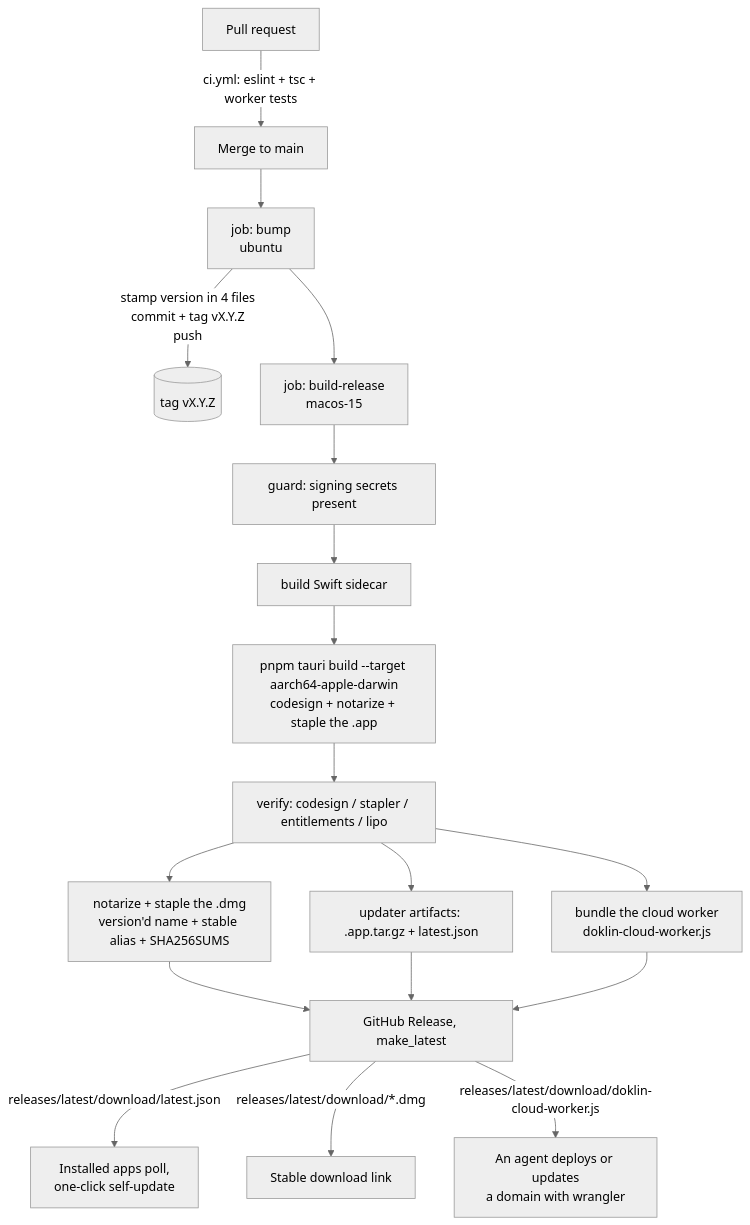
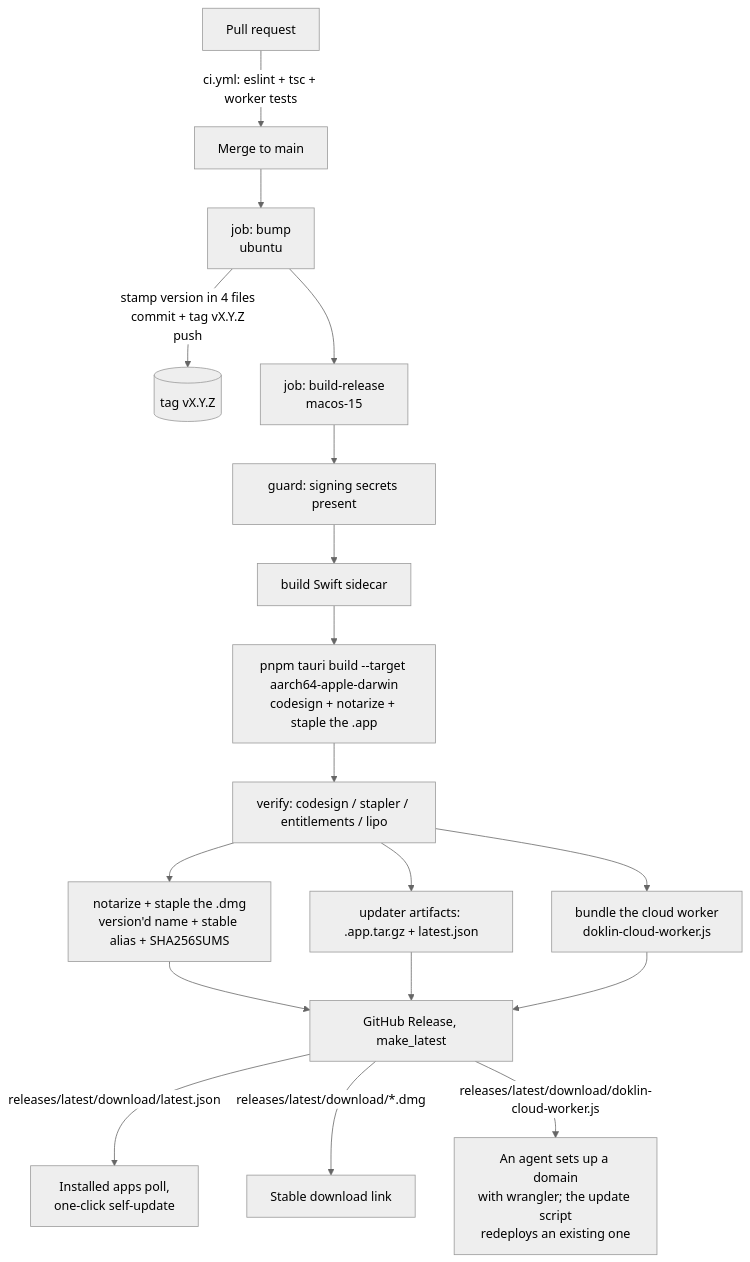
Before and after one commit to boat-builder/doklin: the diagram in docs/release-pipeline.md, drawn with Mermaid (neutral theme). The commit also changed other lines of this file and 9 other files, not shown here.

````diff
--- a/docs/release-pipeline.md
+++ b/docs/release-pipeline.md
@@ -21,20 +21,20 @@
 ```mermaid
 flowchart TD
   PR[Pull request] -->|ci.yml: eslint + tsc + worker tests| M[Merge to main]
   M --> B[job: bump<br/>ubuntu]
   B -->|stamp version in 4 files<br/>commit + tag vX.Y.Z<br/>push| T[(tag vX.Y.Z)]
   B --> R[job: build-release<br/>macos-15]
   R --> G1[guard: signing secrets present]
   G1 --> S[build Swift sidecar]
   S --> TB[pnpm tauri build --target aarch64-apple-darwin<br/>codesign + notarize + staple the .app]
   TB --> V[verify: codesign / stapler / entitlements / lipo]
   V --> D[notarize + staple the .dmg<br/>version'd name + stable alias + SHA256SUMS]
   V --> U[updater artifacts: .app.tar.gz + latest.json]
   V --> W[bundle the cloud worker<br/>doklin-cloud-worker.js]
   D --> P[GitHub Release, make_latest]
   U --> P
   W --> P
   P -->|releases/latest/download/latest.json| A[Installed apps poll,<br/>one-click self-update]
   P -->|releases/latest/download/*.dmg| L[Stable download link]
-  P -->|releases/latest/download/doklin-cloud-worker.js| C[An agent deploys or updates<br/>a domain with wrangler]
+  P -->|releases/latest/download/doklin-cloud-worker.js| C[An agent sets up a domain<br/>with wrangler; the update script<br/>redeploys an existing one]
 ```
````
